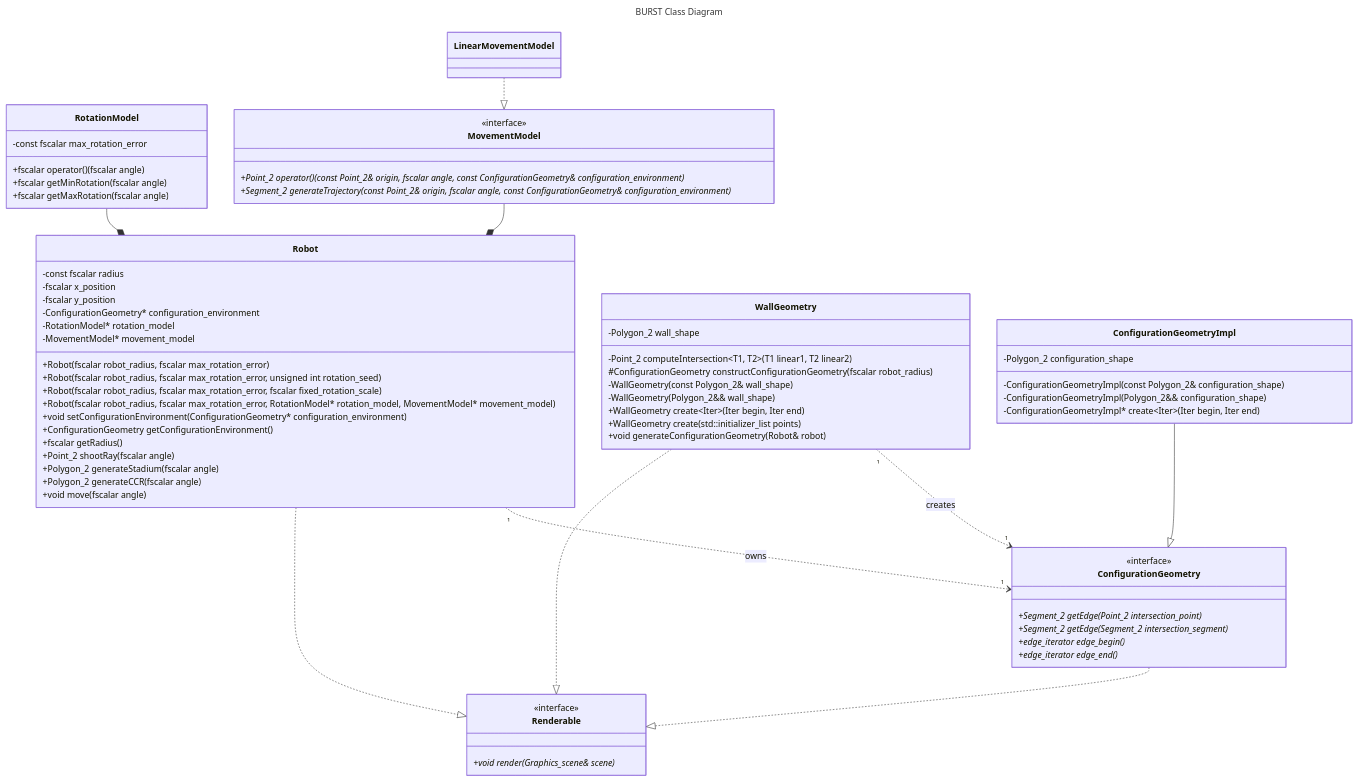
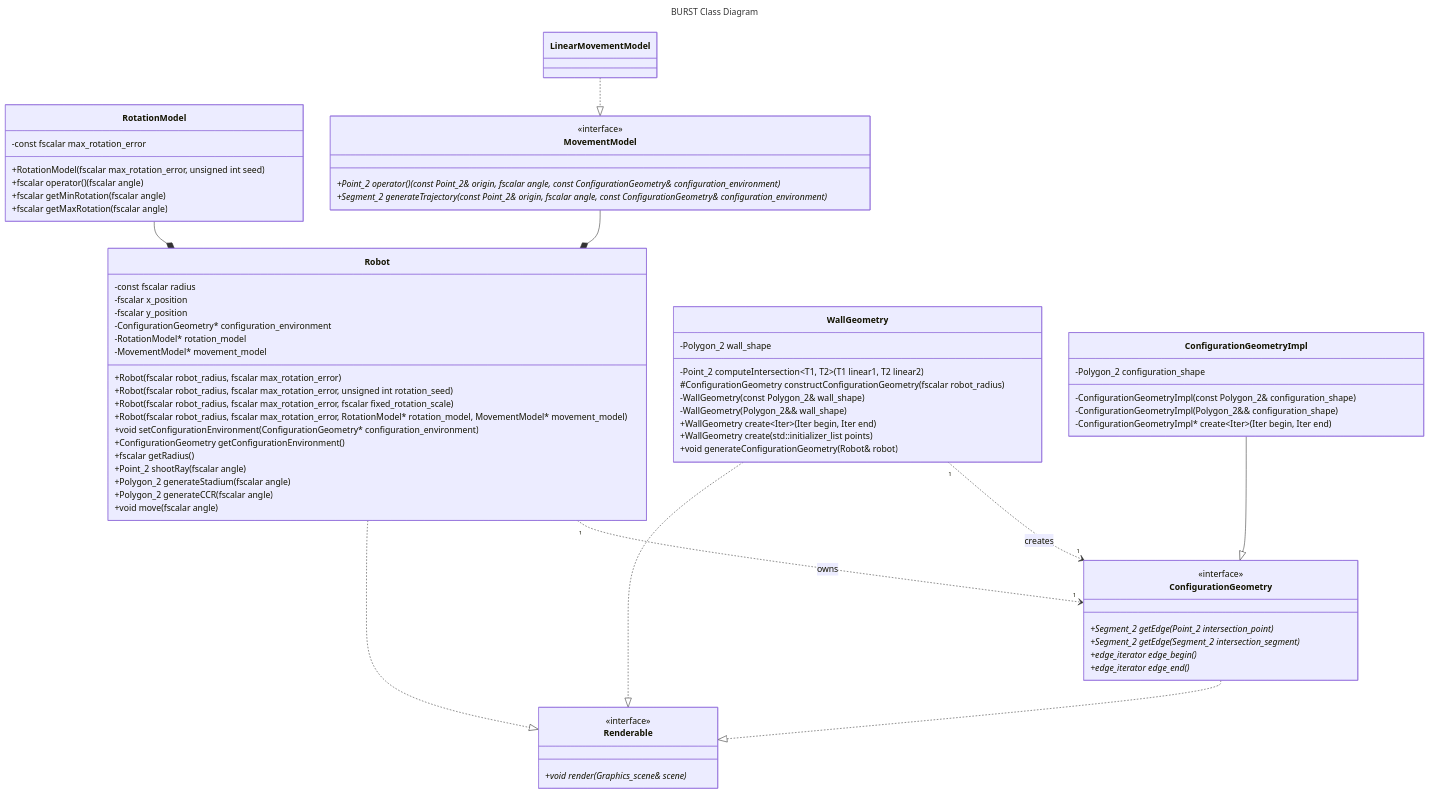
Before and after one commit to KedarPanchal/DAIR-BURST: the diagram in docs/DESIGN.md, drawn with Mermaid. The commit also changed 1 other file, not shown here.

```diff
--- a/docs/DESIGN.md
+++ b/docs/DESIGN.md
@@ -21,7 +21,8 @@
     direction TD
     class RotationModel {
         -const fscalar max_rotation_error
-
+        
+        +RotationModel(fscalar max_rotation_error, unsigned int seed)
         +fscalar operator() (fscalar angle)
         +fscalar getMinRotation(fscalar angle)
         +fscalar getMaxRotation(fscalar angle)
```
